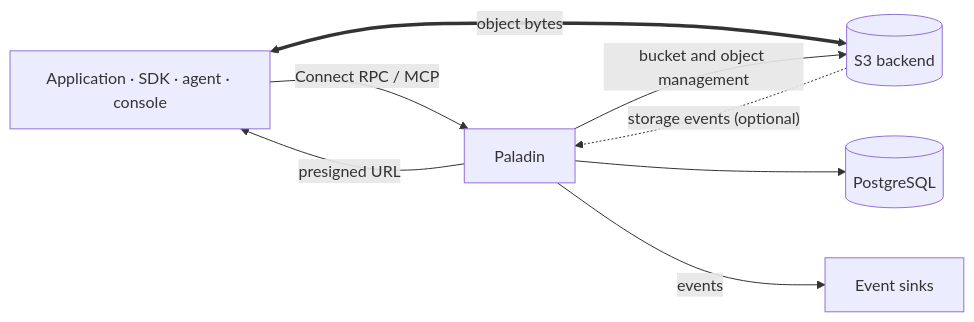
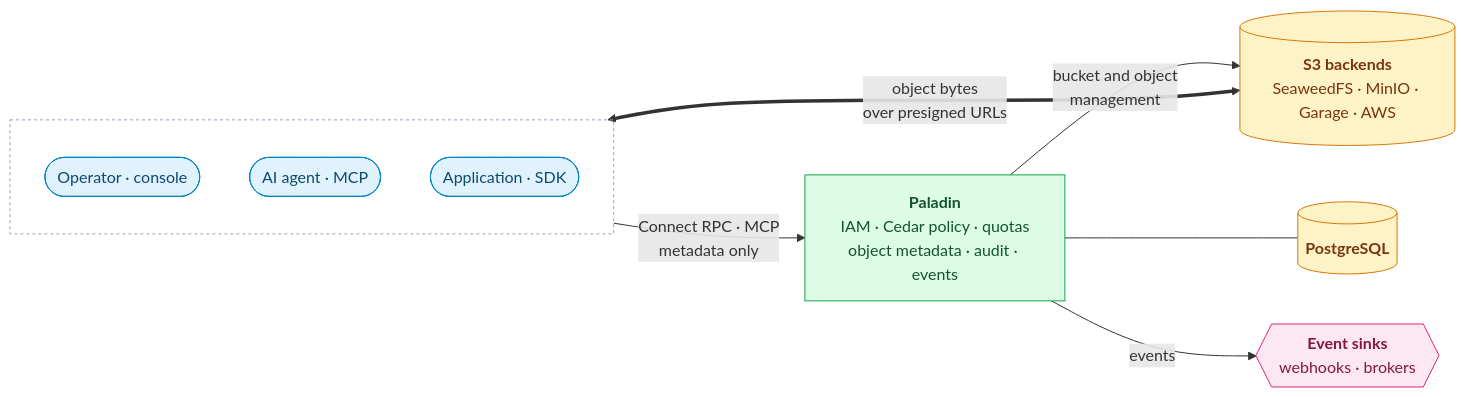
The first of 4 diagrams in backend/docs/diagrams.md (oleg-tkachuk/paladin), drawn with Mermaid before and after one commit. The commit also changed other lines of this file and 2 other files, not shown here.

First line of the commit message:
docs: redraw the architecture diagrams from the code

````diff
--- a/backend/docs/diagrams.md
+++ b/backend/docs/diagrams.md
@@ -11,16 +16,31 @@
 ```mermaid
 flowchart LR
-    client["Application · SDK · agent · console"]
-    paladin["Paladin"]
-    pg[("PostgreSQL")]
-    s3[("S3 backend")]
-    sinks["Event sinks"]
+    subgraph clients [" "]
+        direction TB
+        op(["Operator · console"])
+        agent(["AI agent · MCP"])
+        app(["Application · SDK"])
+    end
 
-    client -- "Connect RPC / MCP" --> paladin
-    paladin -- "presigned URL" --> client
-    client <== "object bytes" ==> s3
-    paladin -- "bucket and object management" --> s3
-    paladin --> pg
-    paladin -- "events" --> sinks
-    s3 -. "storage events (optional)" .-> paladin
+    cp["<b>Paladin</b><br/>IAM · Cedar policy · quotas<br/>object metadata · audit · events"]
+
+    pg[("<b>PostgreSQL</b>")]
+    s3[("<b>S3 backends</b><br/>SeaweedFS · MinIO · Garage · AWS")]
+    sinks{{"<b>Event sinks</b><br/>webhooks · brokers"}}
+
+    clients -- "Connect RPC · MCP<br/>metadata only" --> cp
+    cp --- pg
+    cp -- "bucket and object<br/>management" --> s3
+    cp -- "events" --> sinks
+    app <== "object bytes<br/>over presigned URLs" ==> s3
+
+    classDef client fill:#E0F2FE,stroke:#0284C7,color:#0C4A6E
+    classDef role fill:#DCFCE7,stroke:#16A34A,color:#14532D
+    classDef store fill:#FEF3C7,stroke:#D97706,color:#78350F
+    classDef external fill:#FCE7F3,stroke:#DB2777,color:#831843
+    class app,agent,op client
+    class cp role
+    class pg,s3 store
+    class sinks external
+    style clients fill:none,stroke:#94A3B8,stroke-dasharray:3 3
 ```
````
